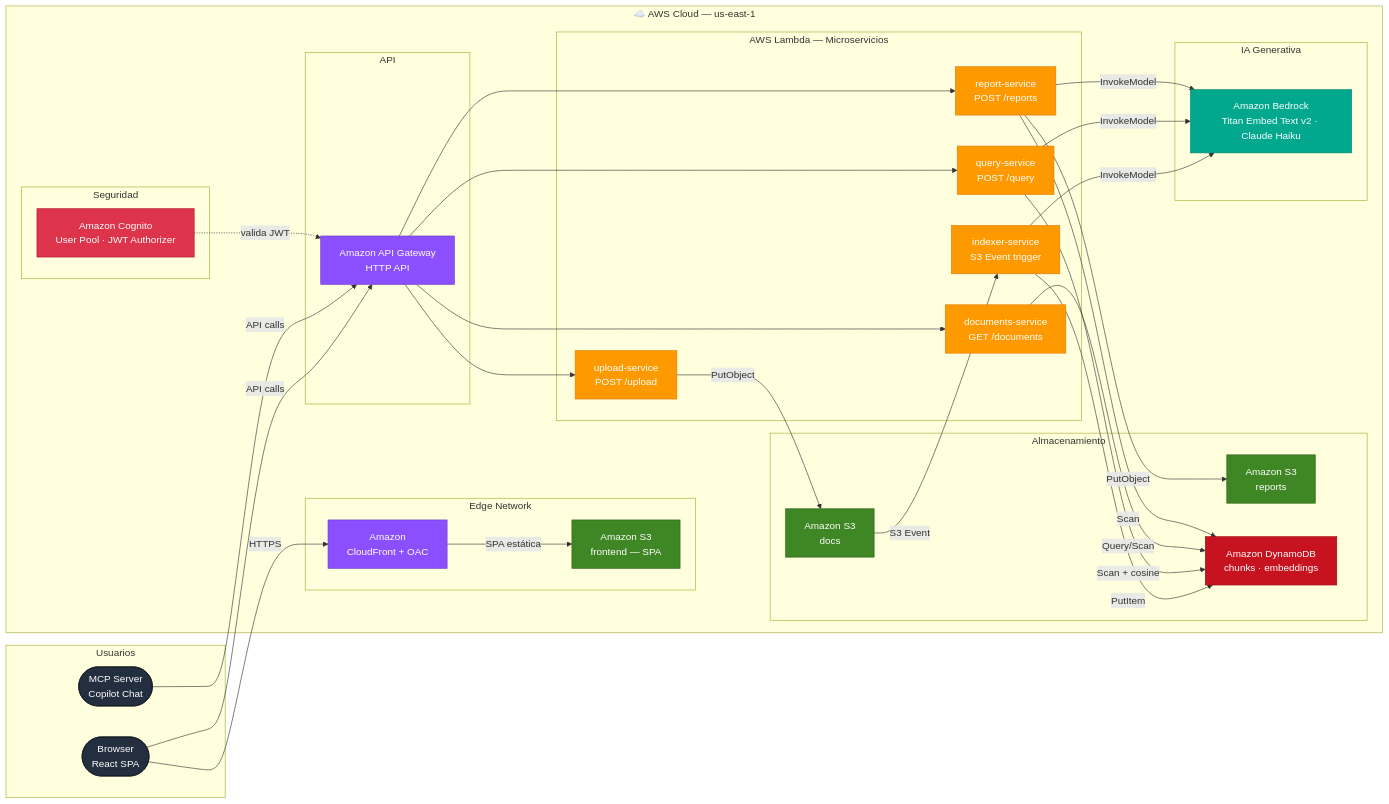
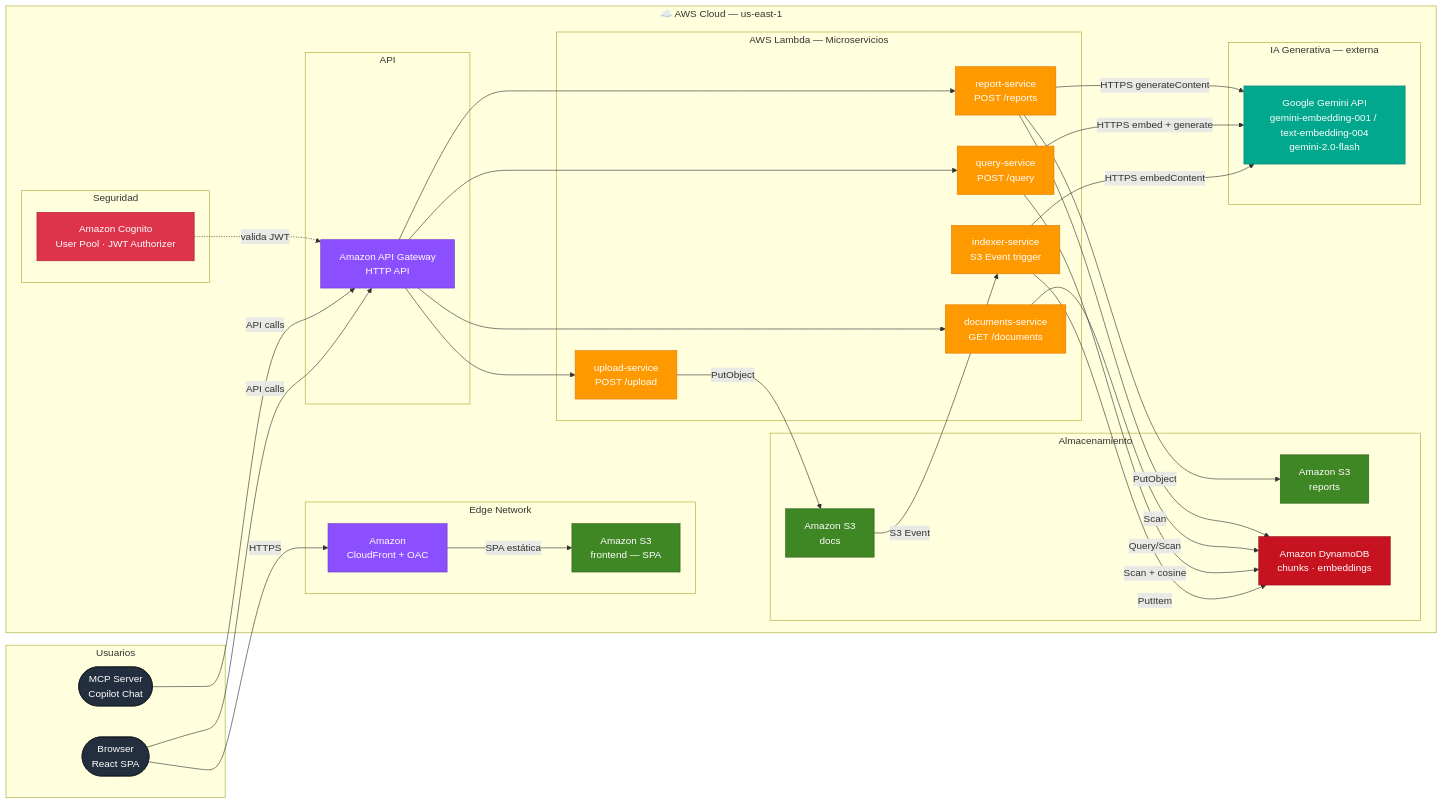
One commit to susgleik/semantic-research changed the first of 2 diagrams in docs/architecture.md. Above: the diagram before and after it, drawn with Mermaid. The commit also changed other lines of this file and 2 other files, not shown here.

First line of the commit message:
docs: actualizar arquitectura para reflejar fin del free tier, migración a Gemini y plan de entorno local

````diff
--- a/docs/architecture.md
+++ b/docs/architecture.md
@@ -14,73 +14,73 @@
 ```mermaid
 graph LR
     classDef external  fill:#232F3E,stroke:#131921,color:#fff
     classDef network   fill:#8C4FFF,stroke:#6B3AC5,color:#fff
     classDef auth      fill:#DD344C,stroke:#B01030,color:#fff
     classDef compute   fill:#FF9900,stroke:#E07B00,color:#fff
     classDef storage   fill:#3F8624,stroke:#2D6018,color:#fff
     classDef database  fill:#C7131F,stroke:#9A0E17,color:#fff
     classDef ai        fill:#01A88D,stroke:#018570,color:#fff
 
     subgraph Usuarios["Usuarios"]
         Browser(["Browser\nReact SPA"]):::external
         MCPClient(["MCP Server\nCopilot Chat"]):::external
     end
 
     subgraph AWSCloud["☁️  AWS Cloud — us-east-1"]
         subgraph EdgeNet["Edge Network"]
             CF["Amazon\nCloudFront + OAC"]:::network
             S3FE["Amazon S3\nfrontend — SPA"]:::storage
         end
 
         subgraph Security["Seguridad"]
             Cognito["Amazon Cognito\nUser Pool · JWT Authorizer"]:::auth
         end
 
         subgraph APILayer["API"]
             APIGW["Amazon API Gateway\nHTTP API"]:::network
         end
 
         subgraph ComputeLayer["AWS Lambda — Microservicios"]
             Upload["upload-service\nPOST /upload"]:::compute
             Indexer["indexer-service\nS3 Event trigger"]:::compute
             Query["query-service\nPOST /query"]:::compute
             Docs["documents-service\nGET /documents"]:::compute
             ReportFn["report-service\nPOST /reports"]:::compute
         end
 
         subgraph DataLayer["Almacenamiento"]
             S3Docs["Amazon S3\ndocs"]:::storage
             S3Rep["Amazon S3\nreports"]:::storage
             DynTable["Amazon DynamoDB\nchunks · embeddings"]:::database
         end
 
-        subgraph AILayer["IA Generativa"]
-            Bedrock["Amazon Bedrock\nTitan Embed Text v2 · Claude Haiku"]:::ai
+        subgraph AILayer["IA Generativa — externa"]
+            Gemini["Google Gemini API\ngemini-embedding-001 / text-embedding-004\ngemini-2.0-flash"]:::ai
         end
     end
 
     Browser      -->|"HTTPS"| CF
     CF           -->|"SPA estática"| S3FE
     Browser      -->|"API calls"| APIGW
     MCPClient    -->|"API calls"| APIGW
     Cognito      -. "valida JWT" .-> APIGW
 
     APIGW --> Upload
     APIGW --> Query
     APIGW --> Docs
     APIGW --> ReportFn
 
     Upload       -->|"PutObject"| S3Docs
     S3Docs       -->|"S3 Event"| Indexer
-    Indexer      -->|"InvokeModel"| Bedrock
+    Indexer      -->|"HTTPS embedContent"| Gemini
     Indexer      -->|"PutItem"| DynTable
 
     Query        -->|"Scan + cosine"| DynTable
-    Query        -->|"InvokeModel"| Bedrock
+    Query        -->|"HTTPS embed + generate"| Gemini
 
     Docs         -->|"Query/Scan"| DynTable
 
     ReportFn     -->|"Scan"| DynTable
-    ReportFn     -->|"InvokeModel"| Bedrock
+    ReportFn     -->|"HTTPS generateContent"| Gemini
     ReportFn     -->|"PutObject"| S3Rep
 ```
````
